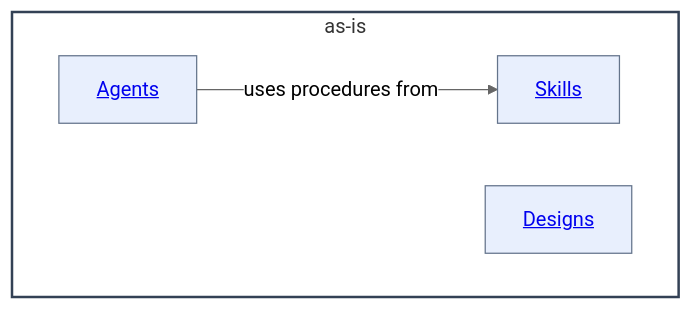
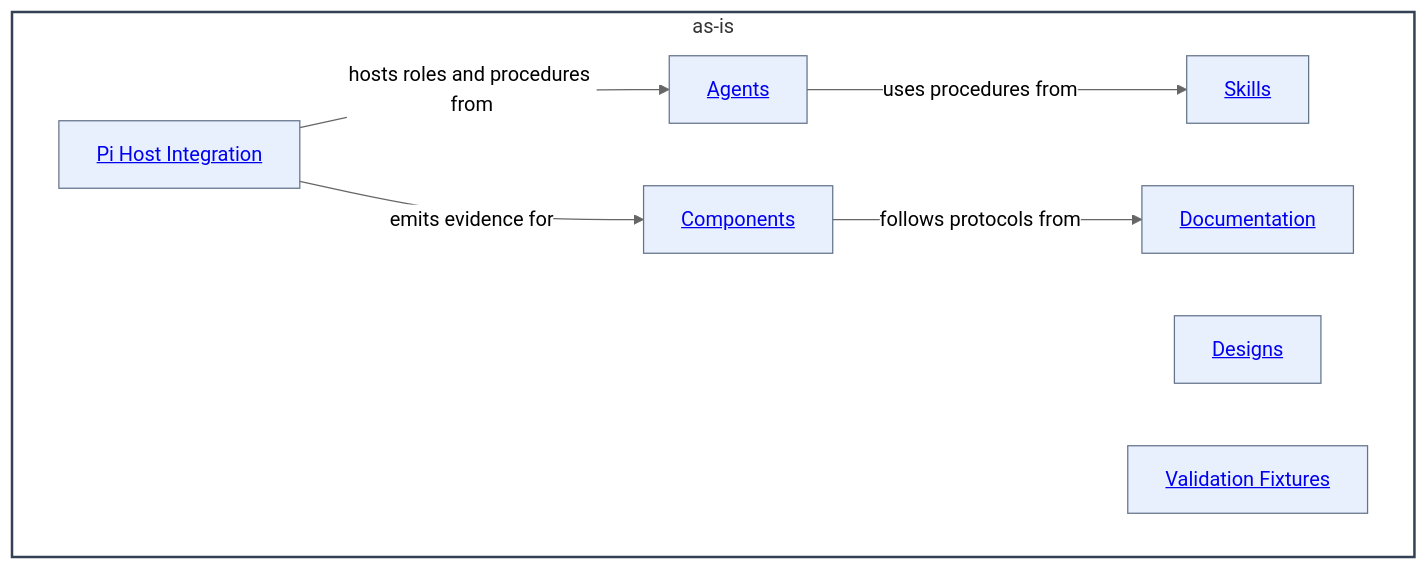
The diagram in as-is.md (abstract-business-systems/as-is), drawn with Mermaid (neutral theme) before and after one commit. The commit also changed other lines of this file and 25 other files, not shown here.

````diff
--- a/as-is.md
+++ b/as-is.md
@@ -31,16 +35,23 @@
 ```mermaid
 %%{init: {"securityLevel": "loose"}}%%
 flowchart LR
     subgraph Root["as-is"]
         direction LR
         Agents["<a href='./agents/as-is.md#design'>Agents</a>"]
         Designs["<a href='./designs/as-is.md#design'>Designs</a>"]
         Skills["<a href='./skills/as-is.md#design'>Skills</a>"]
+        Components["<a href='./components/as-is.md#design'>Components</a>"]
+        Documentation["<a href='./docs/as-is.md#design'>Documentation</a>"]
+        Fixtures["<a href='./validation-fixtures/as-is.md#design'>Validation Fixtures</a>"]
+        PiHost["<a href='./.pi/as-is.md#design'>Pi Host Integration</a>"]
 
         Agents -->|uses procedures from| Skills
+        Components -->|follows protocols from| Documentation
+        PiHost -->|hosts roles and procedures from| Agents
+        PiHost -->|emits evidence for| Components
     end
     classDef component fill:#f8fafc,fill-opacity:0.1,stroke:#334155,stroke-width:2px
     classDef child fill:#2563eb,fill-opacity:0.1,stroke:#64748b,stroke-width:1px
     class Root component
-    class Agents,Designs,Skills child
+    class Agents,Designs,Skills,Components,Documentation,Fixtures,PiHost child
 ```
````
